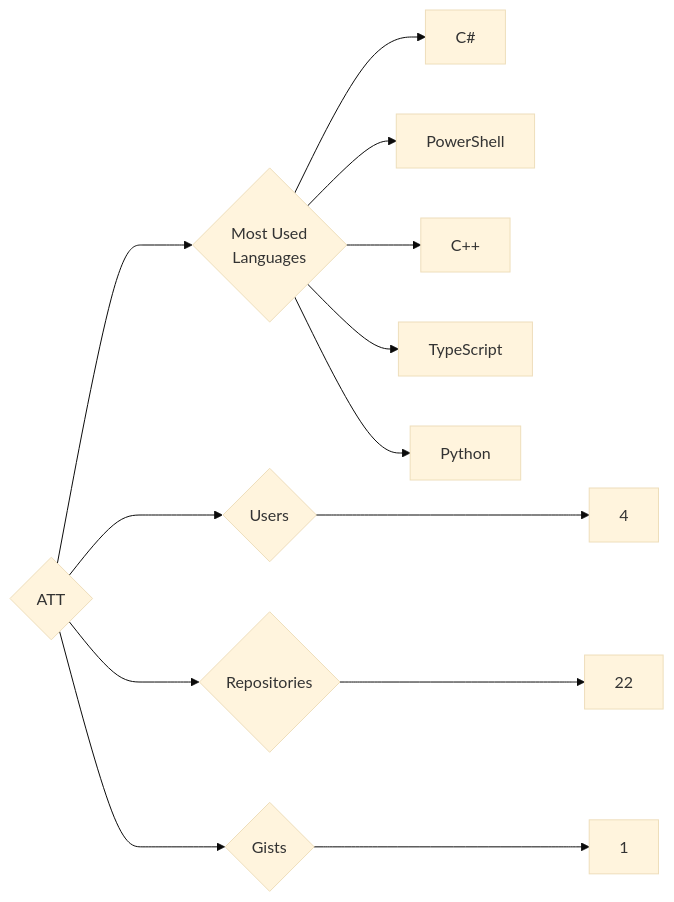
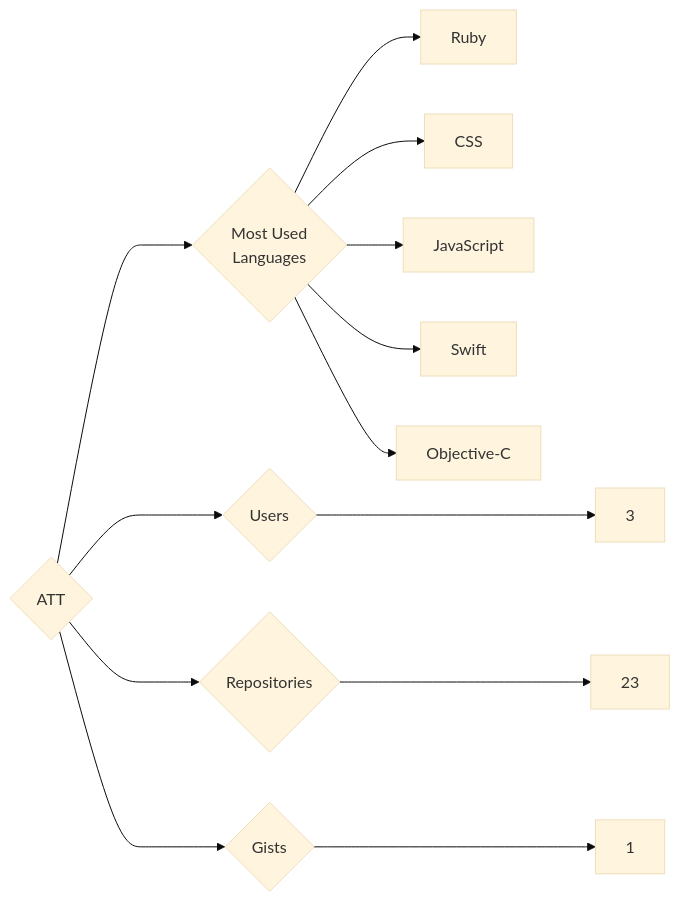
The diagram in targets/ATT/README.md (trickest/insiders), drawn with Mermaid (base theme) before and after one commit. The commit also changed 815 other files, not shown here.

````diff
--- a/targets/ATT/README.md
+++ b/targets/ATT/README.md
@@ -3,13 +3,13 @@
 ```mermaid
 graph LR
 COMPANY_NAME{ATT}
-COMPANY_NAME ---> U{Users} ---> UN[4]
-COMPANY_NAME ---> R{Repositories} ---> RN[22]
+COMPANY_NAME ---> U{Users} ---> UN[3]
+COMPANY_NAME ---> R{Repositories} ---> RN[23]
 COMPANY_NAME ---> G{Gists} ---> GN[1]
 COMPANY_NAME ---> ML{Most Used<br>Languages}
-ML --> C#[C#]
-ML --> PowerShell[PowerShell]
-ML --> C++[C++]
-ML --> TypeScript[TypeScript]
-ML --> Python[Python]
+ML --> Ruby[Ruby]
+ML --> CSS[CSS]
+ML --> JavaScript[JavaScript]
+ML --> Swift[Swift]
+ML --> Objective-C[Objective-C]
 ```
````
